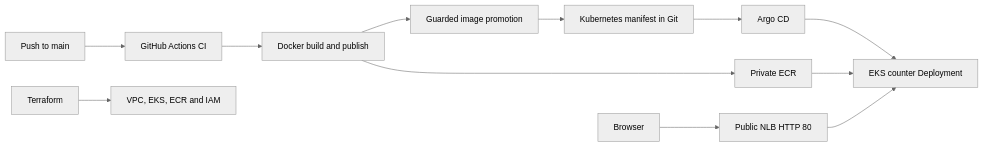
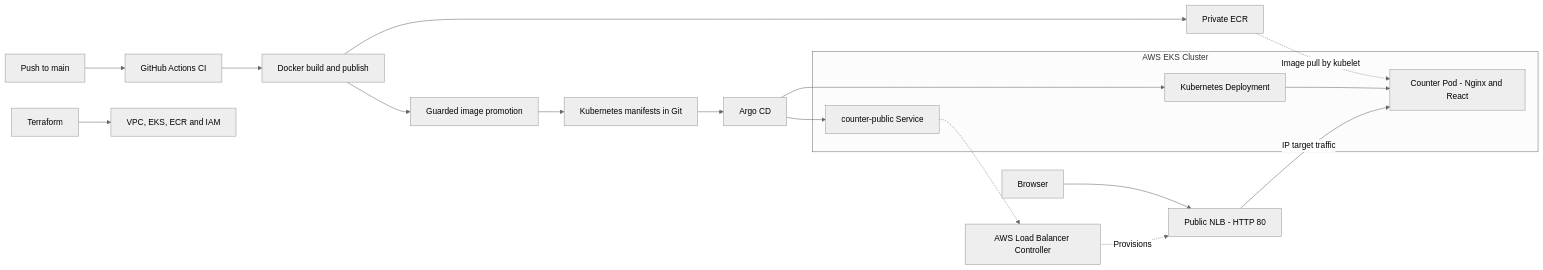
Before and after one commit to ashin02/cloud-deployment: the diagram in README.md, drawn with Mermaid (neutral theme). The commit also changed other lines of this file, not shown here.

Commit message:
fixed mermaid diagram

````diff
--- a/README.md
+++ b/README.md
@@ -17,14 +18,27 @@
 ```mermaid
 flowchart LR
     Push[Push to main] --> CI[GitHub Actions CI]
     CI --> Build[Docker build and publish]
+
     Build --> ECR[Private ECR]
     Build --> Promotion[Guarded image promotion]
-    Promotion --> Git[Kubernetes manifest in Git]
+    Promotion --> Git[Kubernetes manifests in Git]
     Git --> Argo[Argo CD]
-    Argo --> App[EKS counter Deployment]
-    ECR --> App
-    Browser[Browser] --> NLB[Public NLB HTTP 80]
-    NLB --> App
+
+    subgraph EKS[AWS EKS Cluster]
+        Deployment[Kubernetes Deployment] --> Pod[Counter Pod - Nginx and React]
+        Service[counter-public Service]
+    end
+
+    Argo --> Deployment
+    Argo --> Service
+    ECR -.->|Image pull by kubelet| Pod
+
+    Service -.-> Controller[AWS Load Balancer Controller]
+    Controller -.->|Provisions| NLB[Public NLB - HTTP 80]
+
+    Browser[Browser] --> NLB
+    NLB -->|IP target traffic| Pod
+
     TF[Terraform] --> AWS[VPC, EKS, ECR and IAM]
 ```
````
